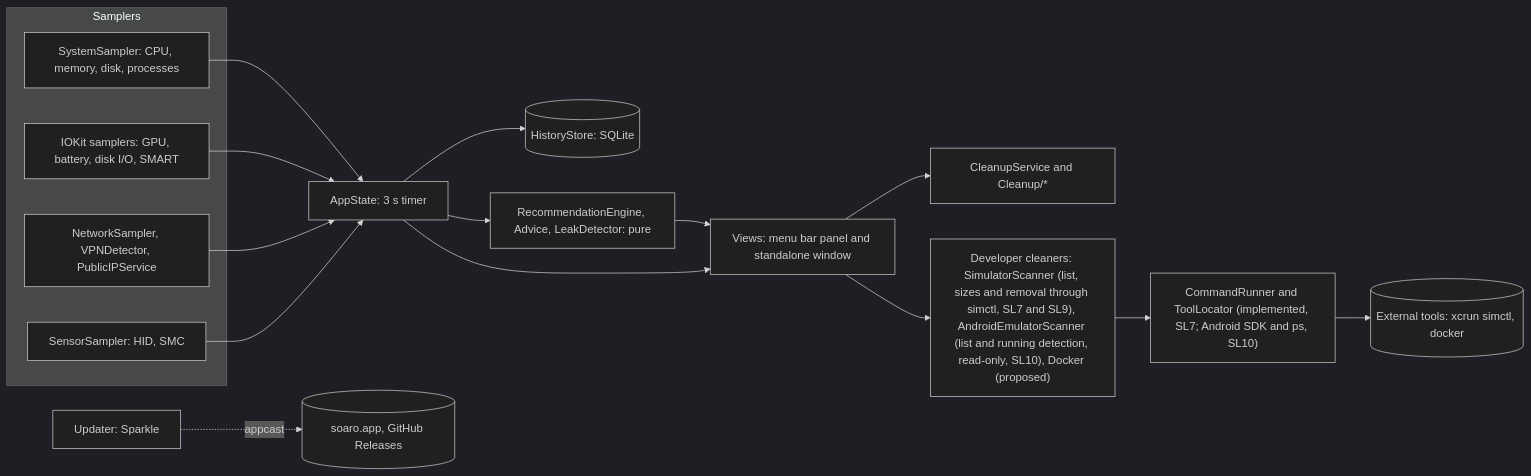
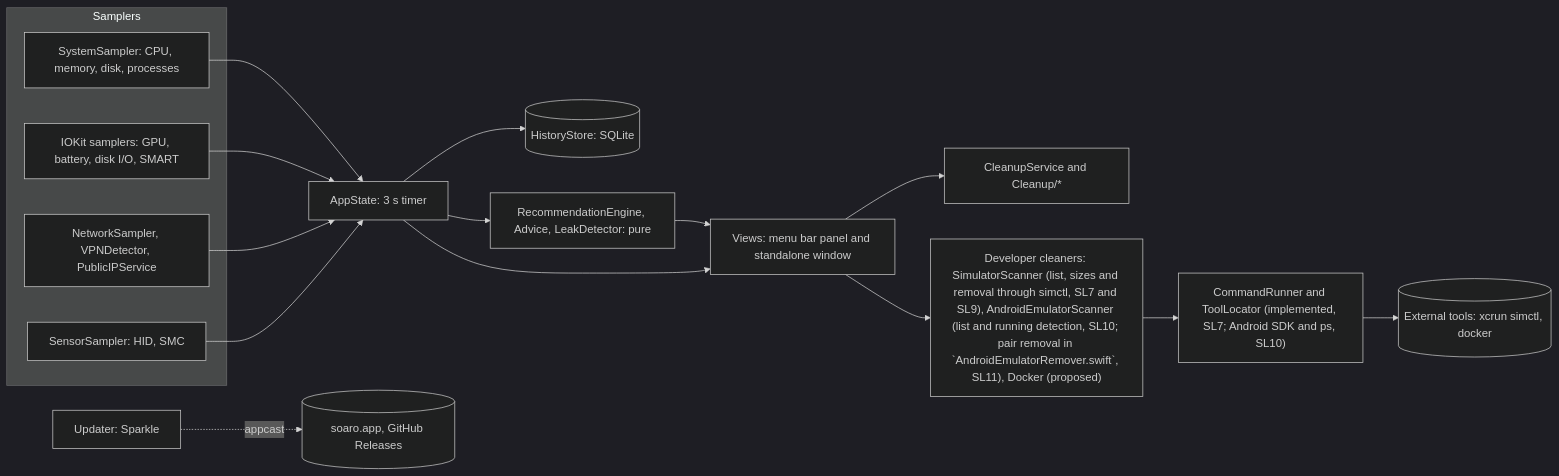
One commit to sebmafate/soaro changed the diagram in ARCHITECTURE.md. Above: the diagram before and after it, drawn with Mermaid (dark theme). The commit also changed other lines of this file and 6 other files, not shown here.

First line of the commit message:
SL11 T8 : mettre à jour PLAN, STATUS, TESTING, ARCHITECTURE, DESIGN, CHANGELOG et docs/architecture (R17, R8, R7)

````diff
--- a/ARCHITECTURE.md
+++ b/ARCHITECTURE.md
@@ -33,31 +33,31 @@
 ```mermaid
 flowchart LR
   subgraph Samplers
     SS[SystemSampler: CPU, memory, disk, processes]
     IO[IOKit samplers: GPU, battery, disk I/O, SMART]
     NS[NetworkSampler, VPNDetector, PublicIPService]
     SE[SensorSampler: HID, SMC]
   end
   AS[AppState: 3 s timer]
   HS[(HistoryStore: SQLite)]
   RE[RecommendationEngine, Advice, LeakDetector: pure]
   UI[Views: menu bar panel and standalone window]
   CL[CleanupService and Cleanup/*]
-  DC["Developer cleaners: SimulatorScanner (list, sizes and removal through simctl, SL7 and SL9), AndroidEmulatorScanner (list and running detection, read-only, SL10), Docker (proposed)"]
+  DC["Developer cleaners: SimulatorScanner (list, sizes and removal through simctl, SL7 and SL9), AndroidEmulatorScanner (list and running detection, SL10; pair removal in `AndroidEmulatorRemover.swift`, SL11), Docker (proposed)"]
   CR["CommandRunner and ToolLocator (implemented, SL7; Android SDK and ps, SL10)"]
   EXT[("External tools: xcrun simctl, docker")]
   UP[Updater: Sparkle]
   SS --> AS
   IO --> AS
   NS --> AS
   SE --> AS
   AS --> HS
   AS --> RE
   RE --> UI
   AS --> UI
   UI --> CL
   UI --> DC
   DC --> CR
   CR --> EXT
   UP -. appcast .-> W[(soaro.app, GitHub Releases)]
 ```
````
